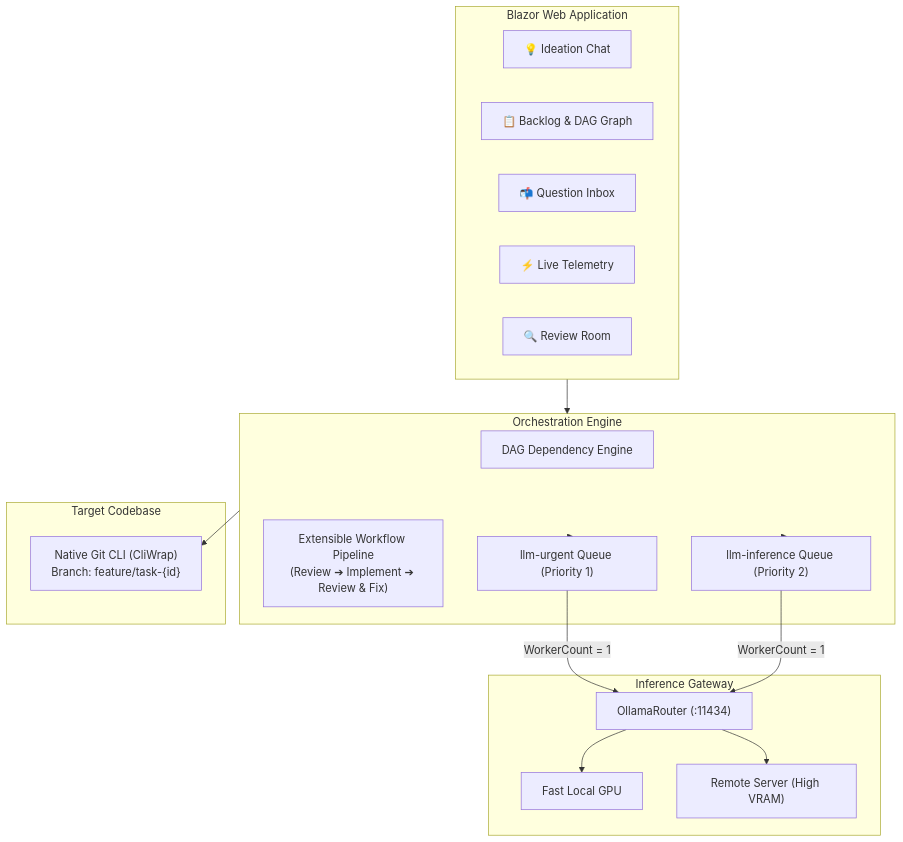
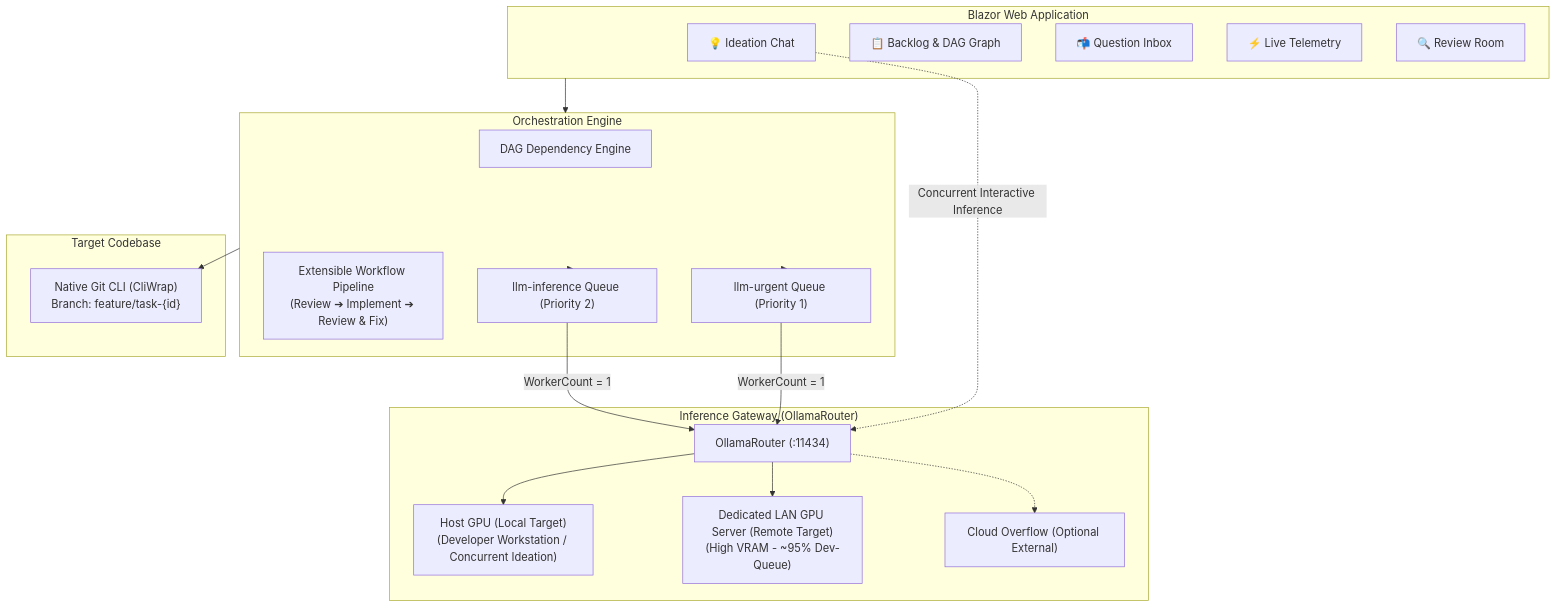
The diagram in README.md (jetelain/NightCodeForge), drawn with Mermaid before and after one commit. The commit also changed other lines of this file and 12 other files, not shown here.

Commit message:
Improve wording on Local/Remote of OllamaRouter

````diff
--- a/README.md
+++ b/README.md
@@ -79,36 +80,39 @@
 ```mermaid
 flowchart TD
     subgraph UI ["Blazor Web Application"]
         Ideation["💡 Ideation Chat"]
         Backlog["📋 Backlog & DAG Graph"]
         Inbox["📬 Question Inbox"]
         Monitor["⚡ Live Telemetry"]
         Review["🔍 Review Room"]
     end
 
     subgraph Core ["Orchestration Engine"]
         DepEngine["DAG Dependency Engine"]
         Pipeline["Extensible Workflow Pipeline\n(Review ➔ Implement ➔ Review & Fix)"]
         HangfireUrgent["llm-urgent Queue (Priority 1)"]
         HangfireStandard["llm-inference Queue (Priority 2)"]
     end
 
-    subgraph Router ["Inference Gateway"]
+    subgraph Router ["Inference Gateway (OllamaRouter)"]
         OllamaRouter["OllamaRouter (:11434)"]
-        LocalGPU["Fast Local GPU"]
-        RemoteServer["Remote Server (High VRAM)"]
+        LocalGPU["Host GPU (Local Target)\n(Developer Workstation / Concurrent Ideation)"]
+        RemoteServer["Dedicated LAN GPU Server (Remote Target)\n(High VRAM - ~95% Dev-Queue)"]
+        CloudOverflow["Cloud Overflow (Optional External)"]
     end
 
     subgraph Workspace ["Target Codebase"]
         GitCli["Native Git CLI (CliWrap)\nBranch: feature/task-{id}"]
     end
 
     UI --> Core
+    Ideation -.->|Concurrent Interactive Inference| OllamaRouter
     Core --> HangfireUrgent
     Core --> HangfireStandard
     HangfireUrgent -->|WorkerCount = 1| OllamaRouter
     HangfireStandard -->|WorkerCount = 1| OllamaRouter
     OllamaRouter --> LocalGPU
     OllamaRouter --> RemoteServer
+    OllamaRouter -.-> CloudOverflow
     Core --> GitCli
 ```
````
